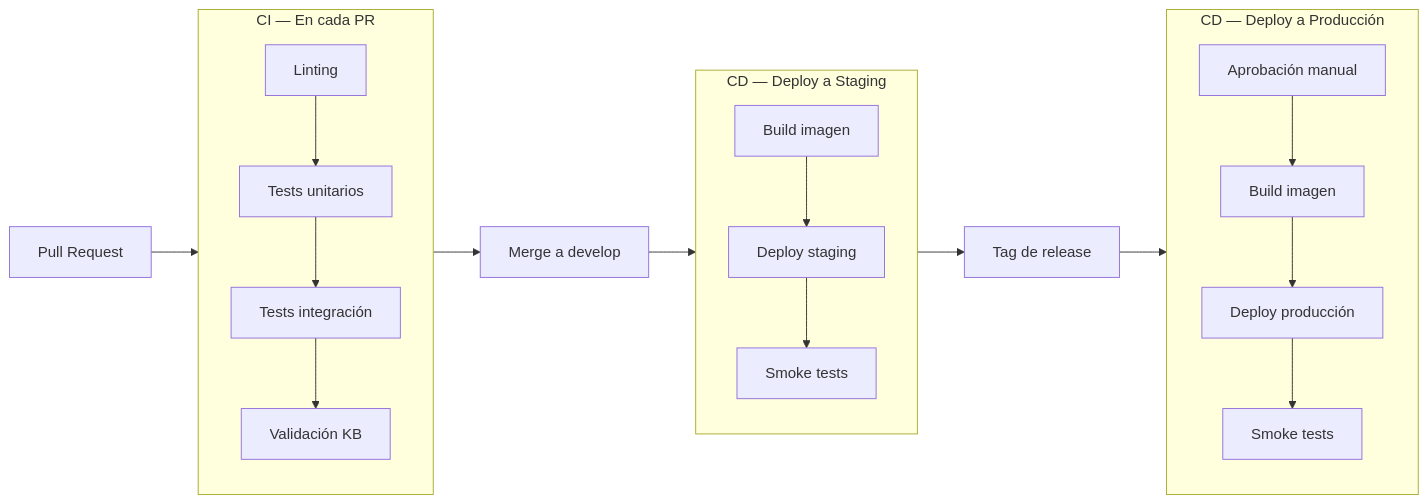
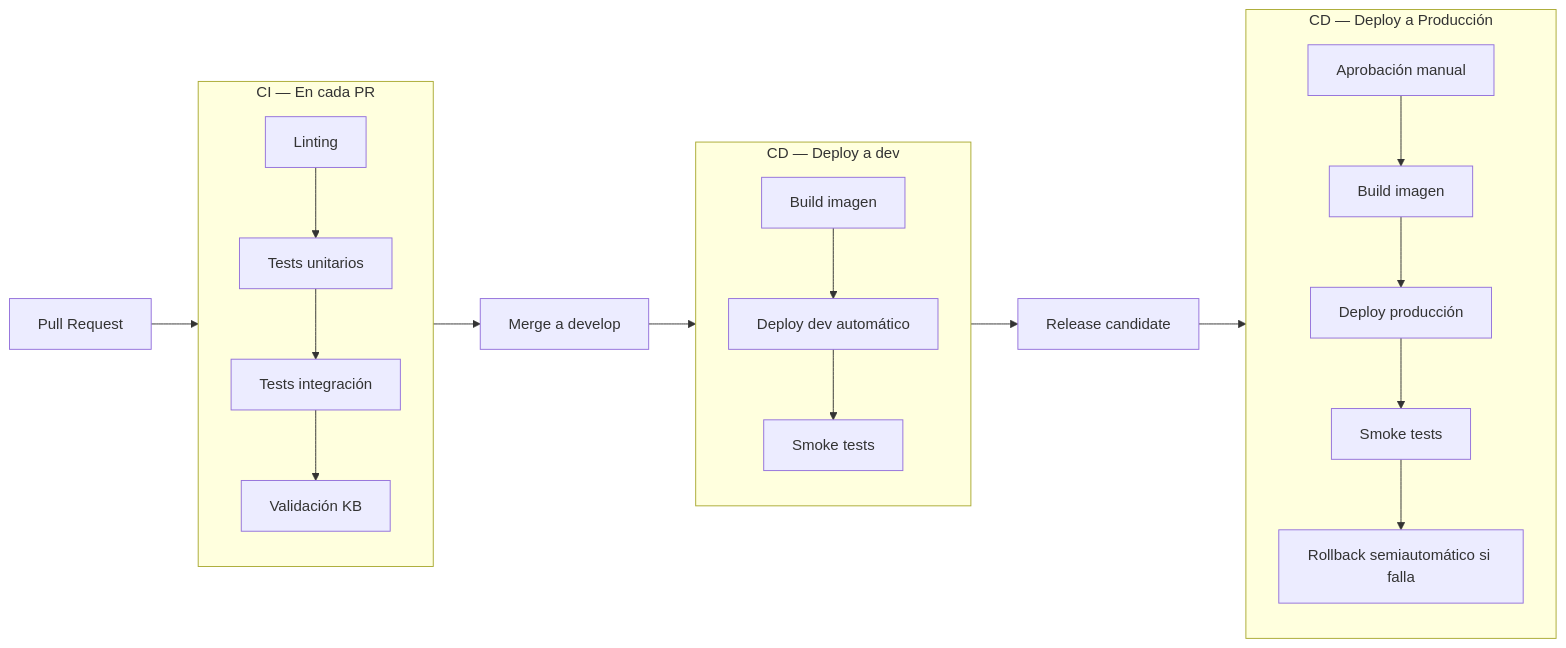
One commit to AndresGilabert/terrenario changed the diagram in docs/05-infraestructura/ci-cd.md. Above: the diagram before and after it, drawn with Mermaid. The commit also changed other lines of this file and 34 other files, not shown here.

````diff
--- a/docs/05-infraestructura/ci-cd.md
+++ b/docs/05-infraestructura/ci-cd.md
@@ -13,22 +13,23 @@
 ```mermaid
 flowchart LR
     PR[Pull Request] --> CI
     subgraph CI["CI — En cada PR"]
         lint[Linting] --> tests_unit[Tests unitarios]
         tests_unit --> tests_int[Tests integración]
         tests_int --> kb_val[Validación KB]
     end
     CI --> MERGE[Merge a develop]
-    MERGE --> CD_STG
-    subgraph CD_STG["CD — Deploy a Staging"]
-        build_stg[Build imagen] --> deploy_stg[Deploy staging]
-        deploy_stg --> smoke_stg[Smoke tests]
+    MERGE --> CD_DEV
+    subgraph CD_DEV["CD — Deploy a dev"]
+        build_dev[Build imagen] --> deploy_dev[Deploy dev automático]
+        deploy_dev --> smoke_dev[Smoke tests]
     end
-    CD_STG --> RELEASE[Tag de release]
+    CD_DEV --> RELEASE[Release candidate]
     RELEASE --> CD_PROD
     subgraph CD_PROD["CD — Deploy a Producción"]
         approval[Aprobación manual] --> build_prod[Build imagen]
         build_prod --> deploy_prod[Deploy producción]
         deploy_prod --> smoke_prod[Smoke tests]
+        smoke_prod --> rollback[Rollback semiautomático si falla]
     end
 ```
````
